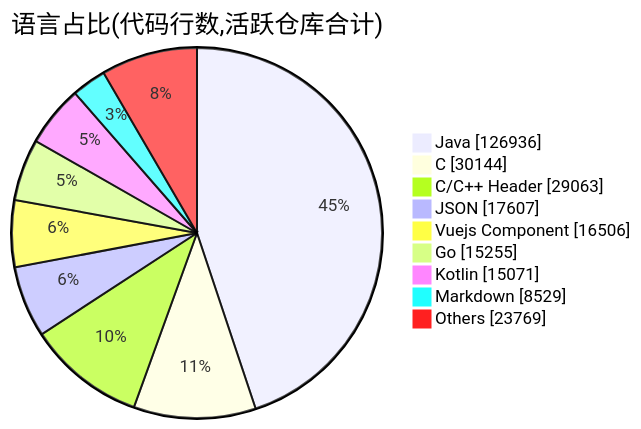
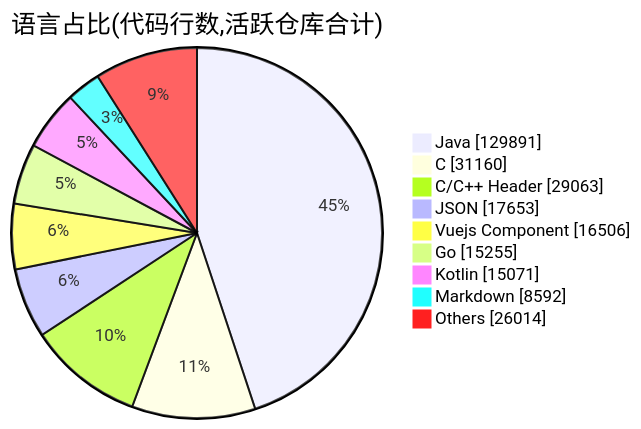
The second of 2 diagrams in profile/README.md (Conflux-Union/.github), drawn with Mermaid before and after one commit. The commit also changed other lines of this file and 1 other file, not shown here.

````diff
--- a/profile/README.md
+++ b/profile/README.md
@@ -80,13 +80,13 @@
 ```mermaid
 pie showData
     title 语言占比(代码行数,活跃仓库合计)
-    "Java" : 126936
-    "C" : 30144
+    "Java" : 129891
+    "C" : 31160
     "C/C++ Header" : 29063
-    "JSON" : 17607
+    "JSON" : 17653
     "Vuejs Component" : 16506
     "Go" : 15255
     "Kotlin" : 15071
-    "Markdown" : 8529
-    "Others" : 23769
+    "Markdown" : 8592
+    "Others" : 26014
 ```
````
